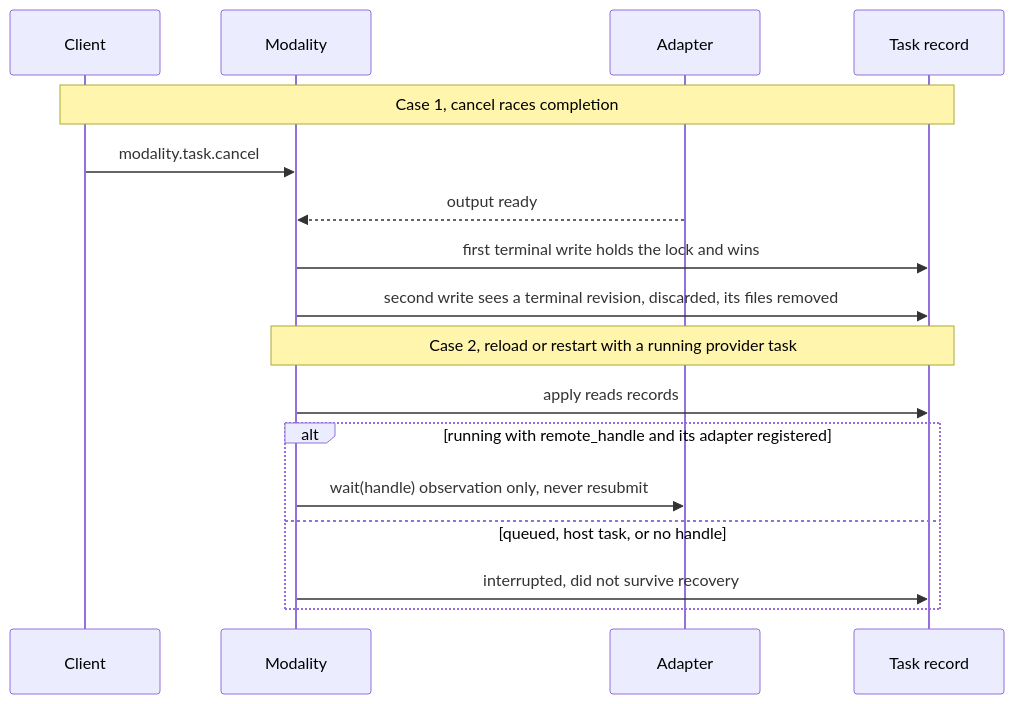
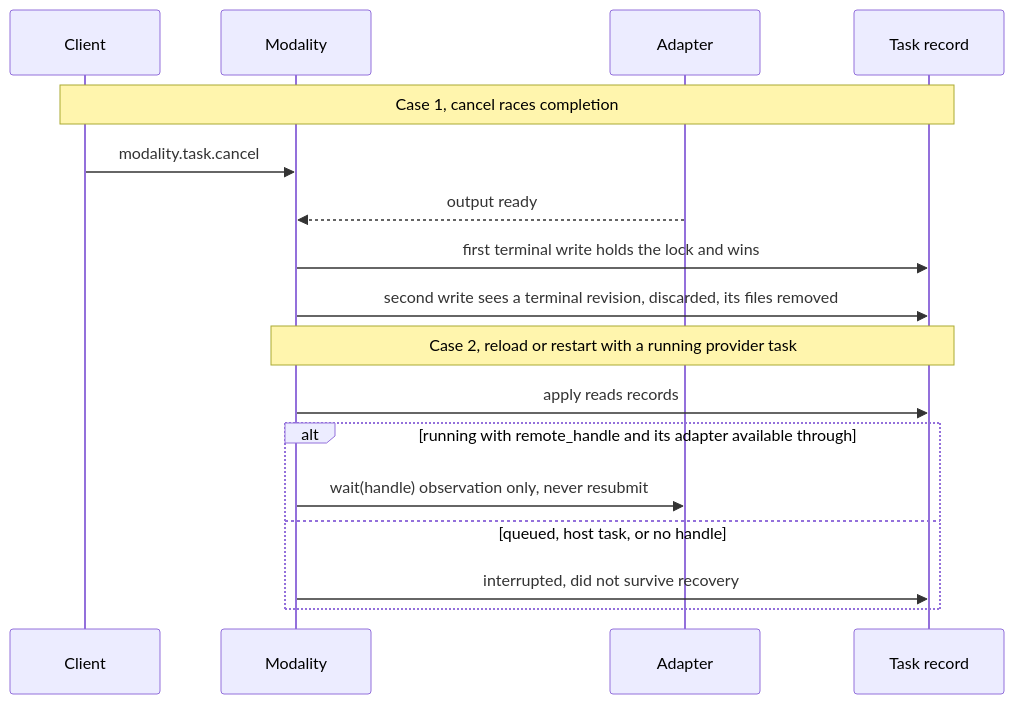
Before and after one commit to CoutinhoTTS/dim-agent: the sixth of 6 diagrams in docs/design/plugins/Modality.md, drawn with Mermaid. The commit also changed other lines of this file and 1 other file, not shown here.

````diff
--- a/docs/design/plugins/Modality.md
+++ b/docs/design/plugins/Modality.md
@@ -175,19 +177,19 @@
 ```mermaid
 sequenceDiagram
   participant C as Client
   participant D as Modality
   participant A as Adapter
   participant S as Task record
   Note over C,S: Case 1, cancel races completion
   C->>D: modality.task.cancel
   A-->>D: output ready
   D->>S: first terminal write holds the lock and wins
   D->>S: second write sees a terminal revision, discarded, its files removed
   Note over D,S: Case 2, reload or restart with a running provider task
   D->>S: apply reads records
-  alt running with remote_handle and its adapter registered
+  alt running with remote_handle and its adapter available through #40
     D->>A: wait(handle) observation only, never resubmit
   else queued, host task, or no handle
     D->>S: interrupted, did not survive recovery
   end
 ```
````
